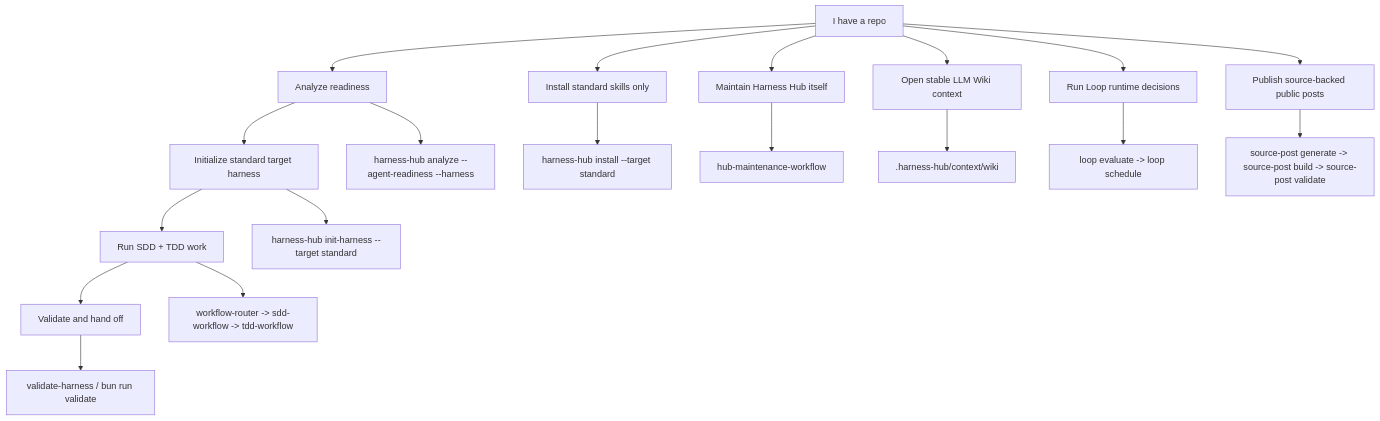
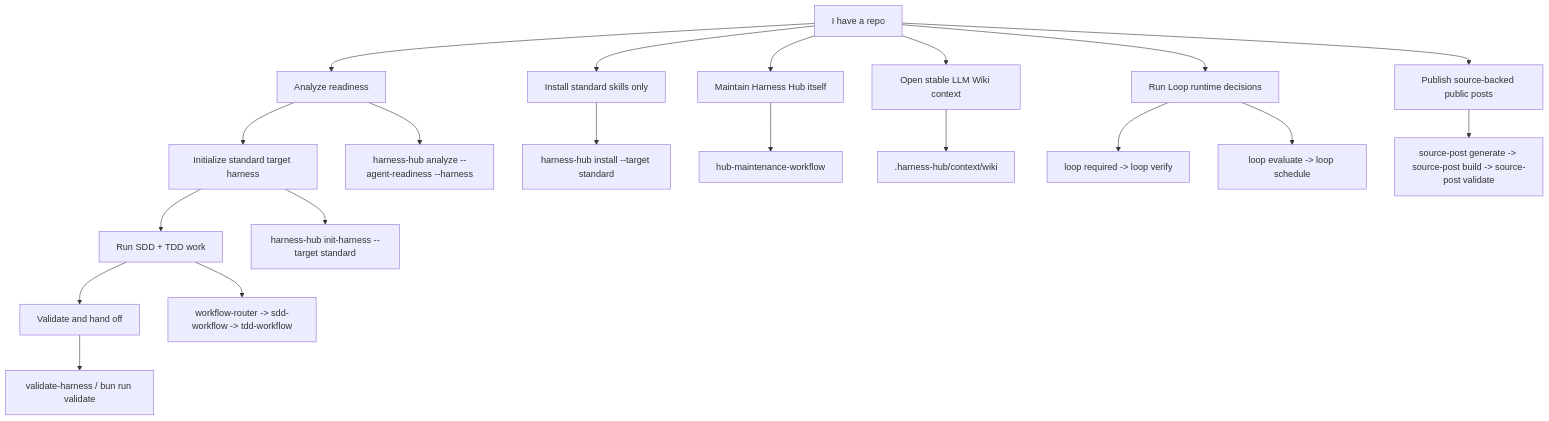
The diagram in README.md (JasonxzWen/harness-hub), drawn with Mermaid before and after one commit. The commit also changed other lines of this file and 21 other files, not shown here.

````diff
--- a/README.md
+++ b/README.md
@@ -35,23 +35,24 @@
 ```mermaid
 flowchart TD
   Start["I have a repo"] --> Analyze["Analyze readiness"]
   Analyze --> Init["Initialize standard target harness"]
   Init --> Work["Run SDD + TDD work"]
   Work --> Validate["Validate and hand off"]
 
   Start --> Skills["Install standard skills only"]
   Start --> Maintain["Maintain Harness Hub itself"]
   Start --> Context["Open stable LLM Wiki context"]
   Start --> Loop["Run Loop runtime decisions"]
   Start --> SourcePost["Publish source-backed public posts"]
 
   Analyze --> A1["harness-hub analyze --agent-readiness --harness"]
   Init --> I1["harness-hub init-harness --target standard"]
   Skills --> S1["harness-hub install --target standard"]
   Work --> W1["workflow-router -> sdd-workflow -> tdd-workflow"]
   Validate --> V1["validate-harness / bun run validate"]
   Maintain --> M1["hub-maintenance-workflow"]
   Context --> C1[".harness-hub/context/wiki"]
-  Loop --> L1["loop evaluate -> loop schedule"]
+  Loop --> L1["loop required -> loop verify"]
+  Loop --> L2["loop evaluate -> loop schedule"]
   SourcePost --> P1["source-post generate -> source-post build -> source-post validate"]
 ```
````
